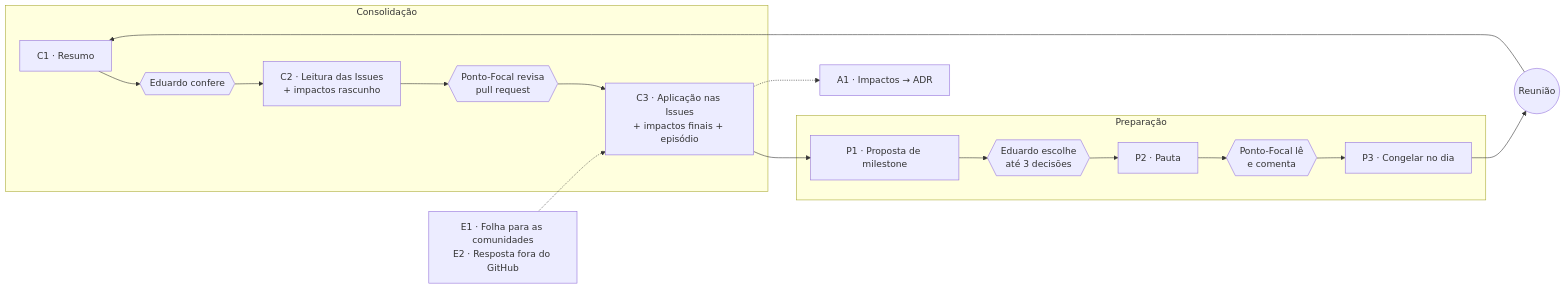
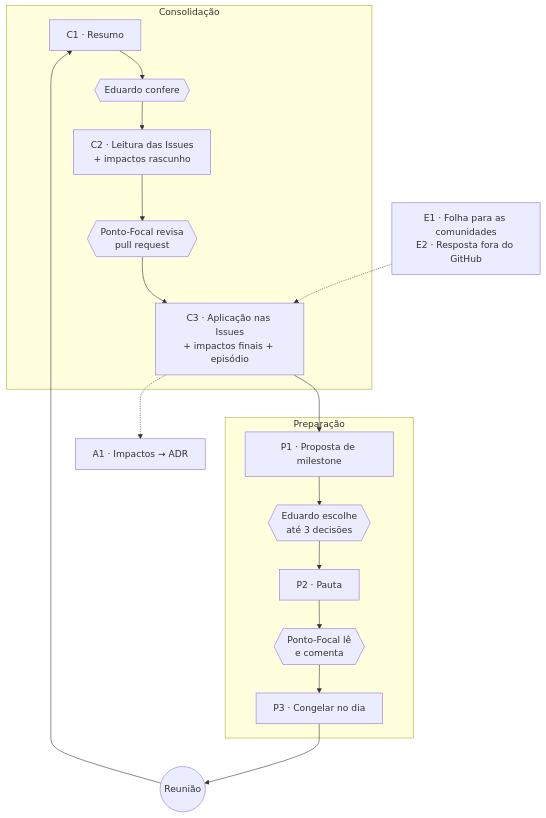
One commit to edalcin/Arquitetura-BioCultural changed the diagram in docs/Governanca/Arquitetura/roteiro-de-prompts.md. Above: the diagram before and after it, drawn with Mermaid. The commit also changed 2 other files, not shown here.

Commit message:
docs(ia): registra P-0040

````diff
--- a/docs/Governanca/Arquitetura/roteiro-de-prompts.md
+++ b/docs/Governanca/Arquitetura/roteiro-de-prompts.md
@@ -31,19 +31,19 @@
 ```mermaid
-flowchart LR
+flowchart TD
   subgraph Consolidação
     C1["C1 · Resumo"] --> G1{{"Eduardo confere"}}
     G1 --> C2["C2 · Leitura das Issues<br/>+ impactos rascunho"]
     C2 --> G2{{"Ponto-Focal revisa<br/>pull request"}}
     G2 --> C3["C3 · Aplicação nas Issues<br/>+ impactos finais + episódio"]
   end
   subgraph Preparação
     P1["P1 · Proposta de milestone"] --> G3{{"Eduardo escolhe<br/>até 3 decisões"}}
     G3 --> P2["P2 · Pauta"]
     P2 --> G4{{"Ponto-Focal lê<br/>e comenta"}}
     G4 --> P3["P3 · Congelar no dia"]
   end
   C3 --> P1
   P3 --> R(("Reunião")) --> C1
   E["E1 · Folha para as comunidades<br/>E2 · Resposta fora do GitHub"] -.-> C3
   C3 -.-> A1["A1 · Impactos → ADR"]
 ```
````
